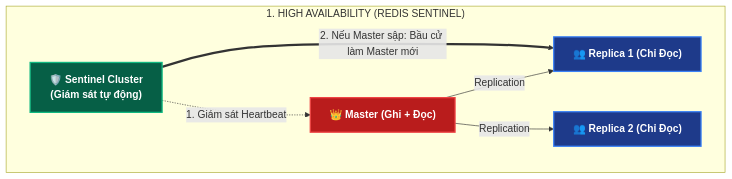
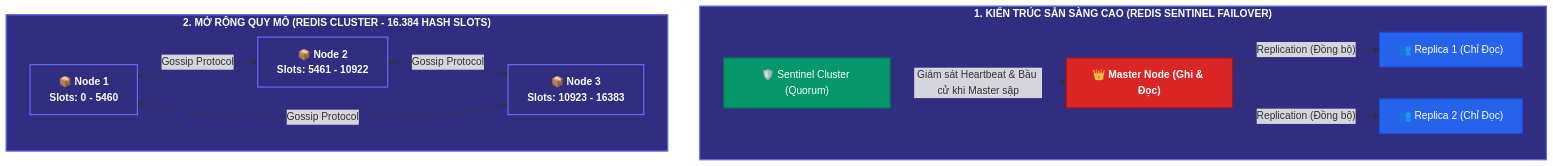
The fourth of 4 diagrams in caching/03_redis_fundamentals.md (thinhtm123/BE), drawn with Mermaid before and after one commit. The commit also changed other lines of this file and 3 other files, not shown here.

````diff
--- a/caching/03_redis_fundamentals.md
+++ b/caching/03_redis_fundamentals.md
@@ -145,18 +213,28 @@
 ```mermaid
-graph TD
-    classDef master fill:#b91c1c,stroke:#ef4444,stroke-width:2px,color:#fff,font-weight:bold;
-    classDef replica fill:#1e3a8a,stroke:#3b82f6,stroke-width:2px,color:#fff,font-weight:bold;
-    classDef sentinel fill:#065f46,stroke:#10b981,stroke-width:2px,color:#fff,font-weight:bold;
+flowchart TD
+    classDef master fill:#dc2626,stroke:#991b1b,stroke-width:2px,color:#fff,font-weight:bold
+    classDef replica fill:#2563eb,stroke:#1d4ed8,stroke-width:2px,color:#fff
+    classDef sentinel fill:#059669,stroke:#047857,stroke-width:2px,color:#fff
+    classDef cluster fill:#312e81,stroke:#6366f1,stroke-width:2px,color:#fff,font-weight:bold
 
-    subgraph SENTINEL_HA ["1. HIGH AVAILABILITY (REDIS SENTINEL)"]
-        S["🛡️ Sentinel Cluster<br/>(Giám sát tự động)"]:::sentinel
-        M["👑 Master (Ghi + Đọc)"]:::master
+    subgraph S1 ["1. KIẾN TRÚC SẴN SÀNG CAO (REDIS SENTINEL FAILOVER)"]
+        S["🛡️ Sentinel Cluster (Quorum)"]:::sentinel
+        M["👑 Master Node (Ghi & Đọc)"]:::master
         R1["👥 Replica 1 (Chỉ Đọc)"]:::replica
         R2["👥 Replica 2 (Chỉ Đọc)"]:::replica
 
-        S -.->|1. Giám sát Heartbeat| M
-        S ==>|2. Nếu Master sập: Bầu cử làm Master mới| R1
-        M -->|Replication| R1
-        M -->|Replication| R2
+        S -.->|"Giám sát Heartbeat & Bầu cử khi Master sập"| M
+        M -->|"Replication (Đồng bộ)"| R1
+        M -->|"Replication (Đồng bộ)"| R2
+    end
+
+    subgraph S2 ["2. MỞ RỘNG QUY MÔ (REDIS CLUSTER - 16.384 HASH SLOTS)"]
+        N1["📦 Node 1<br/>Slots: 0 - 5460"]:::cluster
+        N2["📦 Node 2<br/>Slots: 5461 - 10922"]:::cluster
+        N3["📦 Node 3<br/>Slots: 10923 - 16383"]:::cluster
+
+        N1 <-->|"Gossip Protocol"| N2
+        N2 <-->|"Gossip Protocol"| N3
+        N3 <-->|"Gossip Protocol"| N1
     end
 ```
````
